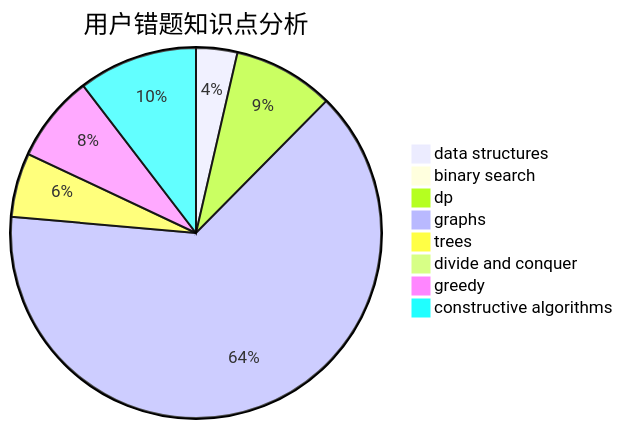
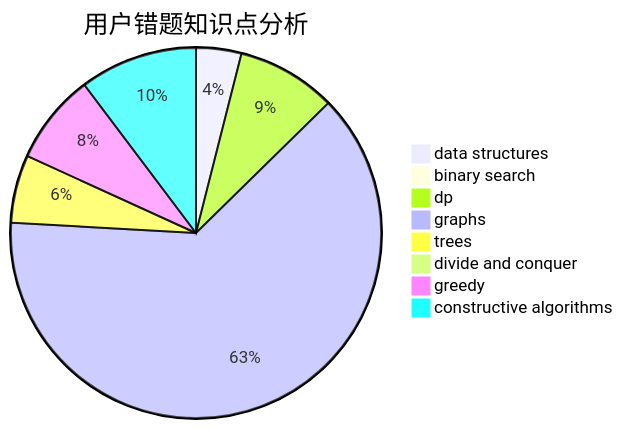
One commit to sherpahu/cfrs.github.io changed the third of 3 diagrams in docs/user/u1999.md. Above: the diagram before and after it, drawn with Mermaid. The commit also changed other lines of this file and 2770 other files, not shown here.

````diff
--- a/docs/user/u1999.md
+++ b/docs/user/u1999.md
@@ -36,11 +36,11 @@
 ```mermaid
 pie title 用户错题知识点分析
-    "data structures" :  9
+    "data structures" :  10
     "binary search" :  0
     "dp" :  22
     "graphs" :  160
-    "trees" :  14
+    "trees" :  15
     "divide and conquer" :  0
-    "greedy" :  19
+    "greedy" :  20
     "constructive algorithms" :  26
 ```
````
